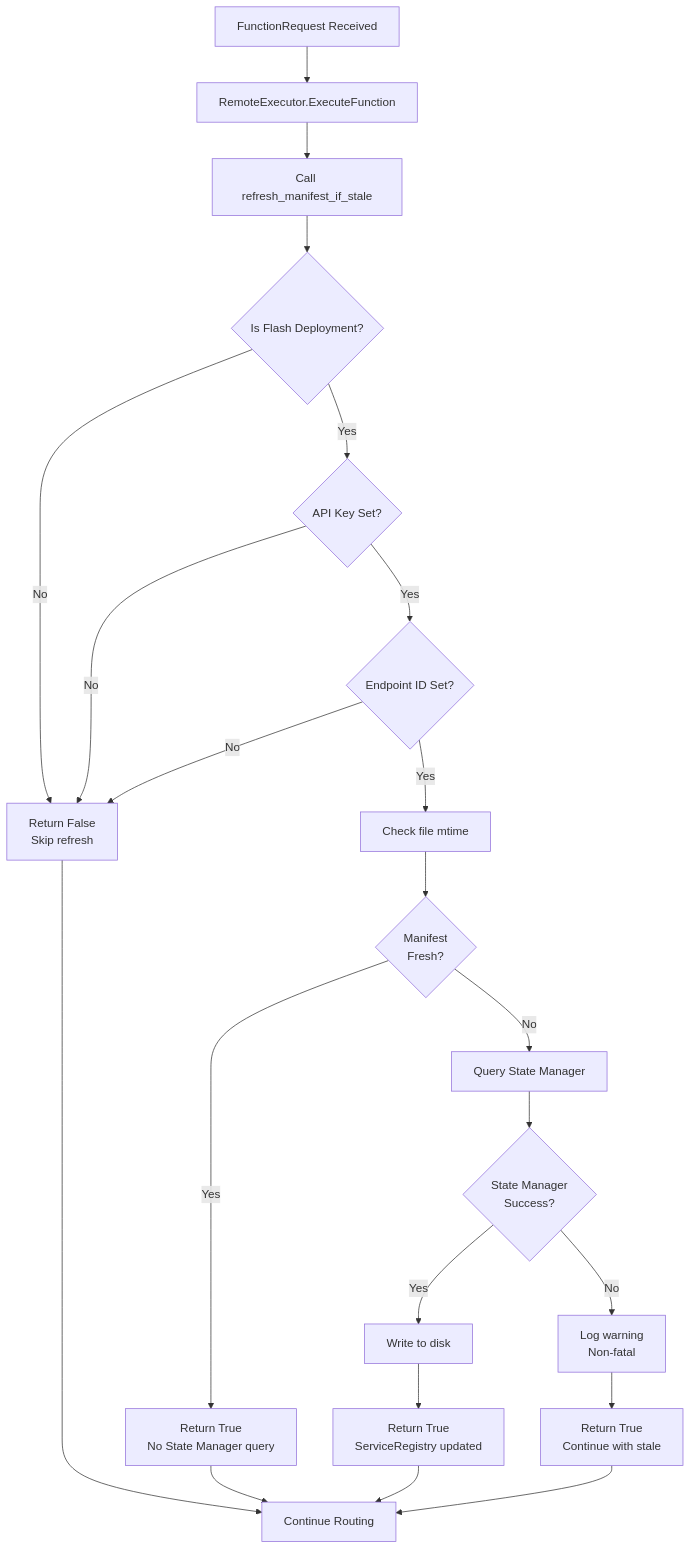
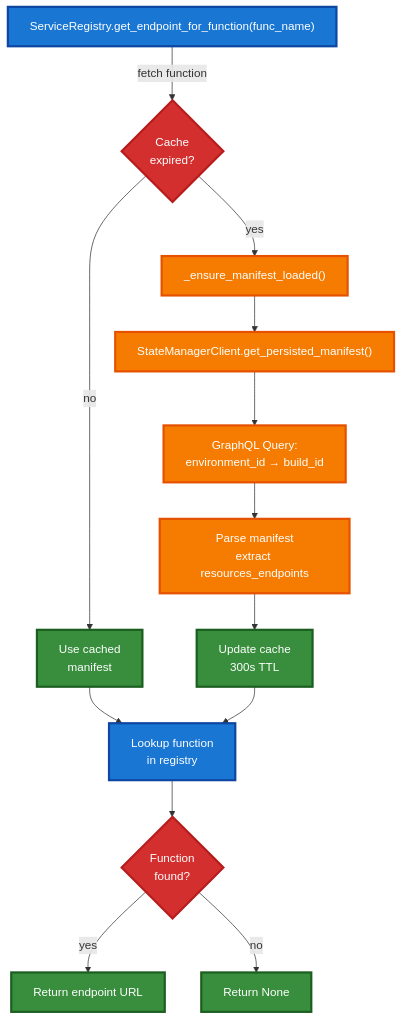
One commit to runpod-workers/worker-tetra changed the second of 4 diagrams in docs/Manifest_Reconciliation.md. Above: the diagram before and after it, drawn with Mermaid. The commit also changed other lines of this file, not shown here.

Commit message:
docs: update manifest reconciliation documentation

````diff
--- a/docs/Manifest_Reconciliation.md
+++ b/docs/Manifest_Reconciliation.md
@@ -38,30 +121,28 @@
 ```mermaid
-graph TD
-    A["FunctionRequest Received"] --> B["RemoteExecutor.ExecuteFunction"]
-    B --> C["Call refresh_manifest_if_stale"]
-    C --> D{Is Flash Deployment?}
+flowchart TD
+    A["ServiceRegistry.get_endpoint_for_function(func_name)"] -->|fetch function| B{"Cache<br/>expired?"}
+    B -->|no| C["Use cached<br/>manifest"]
+    B -->|yes| D["_ensure_manifest_loaded()"]
+    D --> E["StateManagerClient.get_persisted_manifest()"]
+    E --> F["GraphQL Query:<br/>environment_id → build_id"]
+    F --> G["Parse manifest<br/>extract resources_endpoints"]
+    G --> H["Update cache<br/>300s TTL"]
+    C --> I["Lookup function<br/>in registry"]
+    H --> I
+    I --> J{"Function<br/>found?"}
+    J -->|yes| K["Return endpoint URL"]
+    J -->|no| L["Return None"]
 
-    D -->|No| E["Return False<br/>Skip refresh"]
-    D -->|Yes| F{API Key Set?}
-    F -->|No| E
-    F -->|Yes| G{Endpoint ID Set?}
-    G -->|No| E
-
-    G -->|Yes| H["Check file mtime"]
-    H --> I{Manifest<br/>Fresh?}
-
-    I -->|Yes| J["Return True<br/>No State Manager query"]
-    I -->|No| K["Query State Manager"]
-
-    K --> L{State Manager<br/>Success?}
-    L -->|Yes| M["Write to disk"]
-    M --> N["Return True<br/>ServiceRegistry updated"]
-
-    L -->|No| O["Log warning<br/>Non-fatal"]
-    O --> P["Return True<br/>Continue with stale"]
-
-    E --> Q["Continue Routing"]
-    J --> Q
-    N --> Q
-    P --> Q
+    style A fill:#1976d2,stroke:#0d47a1,stroke-width:3px,color:#fff
+    style B fill:#d32f2f,stroke:#b71c1c,stroke-width:3px,color:#fff
+    style C fill:#388e3c,stroke:#1b5e20,stroke-width:3px,color:#fff
+    style D fill:#f57c00,stroke:#e65100,stroke-width:3px,color:#fff
+    style E fill:#f57c00,stroke:#e65100,stroke-width:3px,color:#fff
+    style F fill:#f57c00,stroke:#e65100,stroke-width:3px,color:#fff
+    style G fill:#f57c00,stroke:#e65100,stroke-width:3px,color:#fff
+    style H fill:#388e3c,stroke:#1b5e20,stroke-width:3px,color:#fff
+    style I fill:#1976d2,stroke:#0d47a1,stroke-width:3px,color:#fff
+    style J fill:#d32f2f,stroke:#b71c1c,stroke-width:3px,color:#fff
+    style K fill:#388e3c,stroke:#1b5e20,stroke-width:3px,color:#fff
+    style L fill:#388e3c,stroke:#1b5e20,stroke-width:3px,color:#fff
 ```
````
